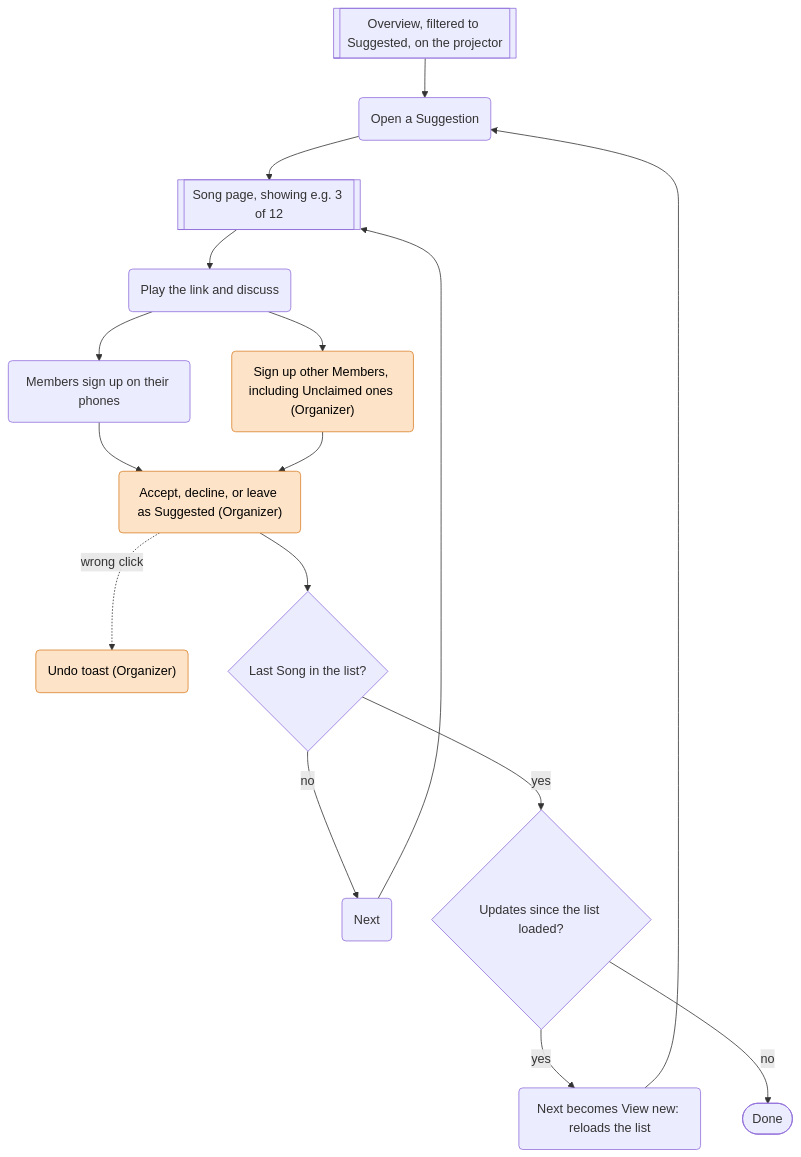
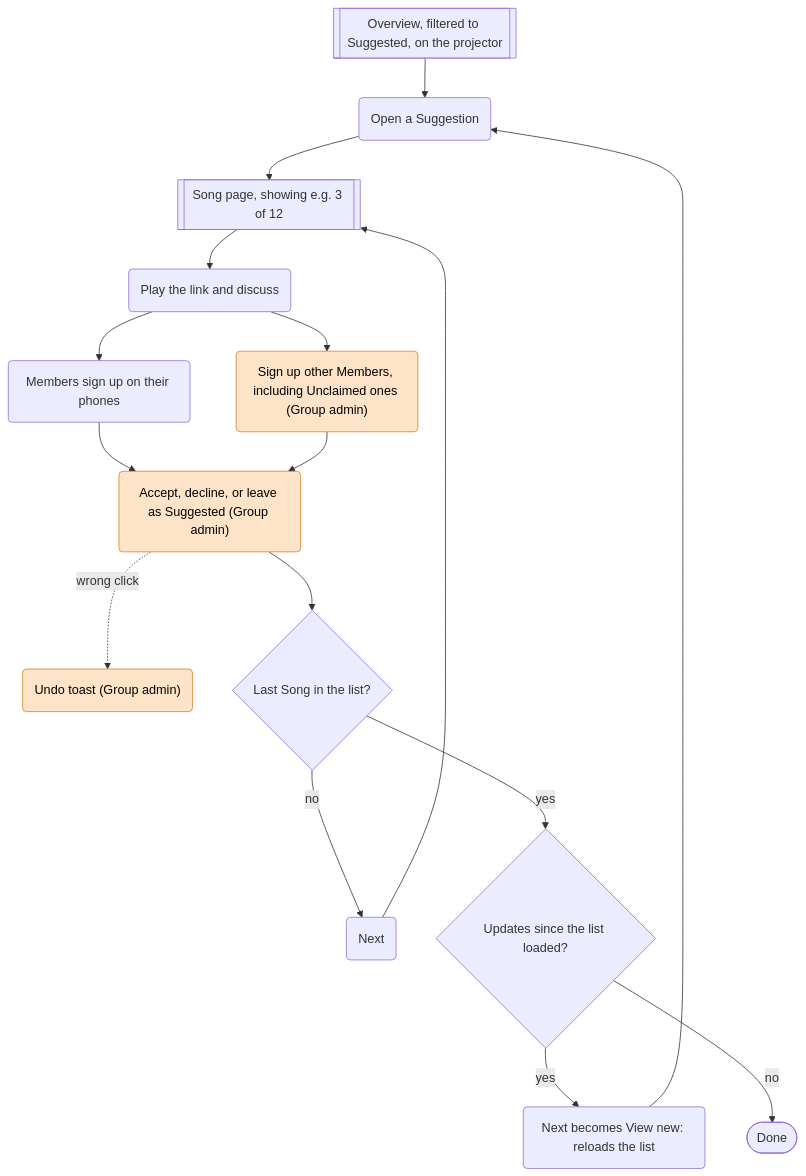
The fourth of 6 diagrams in docs/product/journeys.md (fekko-dev/musialize), drawn with Mermaid before and after one commit. The commit also changed other lines of this file and 8 other files, not shown here.

First line of the commit message:
docs: rename Organizer to Group admin and Admin to Super admin

````diff
--- a/docs/product/journeys.md
+++ b/docs/product/journeys.md
@@ -87,20 +87,20 @@
 ```mermaid
 flowchart TD
     A[["Overview, filtered to Suggested, on the projector"]] --> B(Open a Suggestion)
     B --> S[["Song page, showing e.g. 3 of 12"]]
     S --> C(Play the link and discuss)
     C --> D(Members sign up on their phones)
-    C --> E("Sign up other Members, including Unclaimed ones (Organizer)"):::org
-    D --> F("Accept, decline, or leave as Suggested (Organizer)"):::org
+    C --> E("Sign up other Members, including Unclaimed ones (Group admin)"):::org
+    D --> F("Accept, decline, or leave as Suggested (Group admin)"):::org
     E --> F
-    F -. wrong click .-> U("Undo toast (Organizer)"):::org
+    F -. wrong click .-> U("Undo toast (Group admin)"):::org
     F --> L{Last Song in the list?}
     L -- no --> X(Next)
     X --> S
     L -- yes --> Y{Updates since the list loaded?}
     Y -- yes --> R("Next becomes View new: reloads the list")
     R --> B
     Y -- no --> Z([Done])
 
     classDef org fill:#fde3c8,stroke:#d9822b,color:#000
 ```
````
